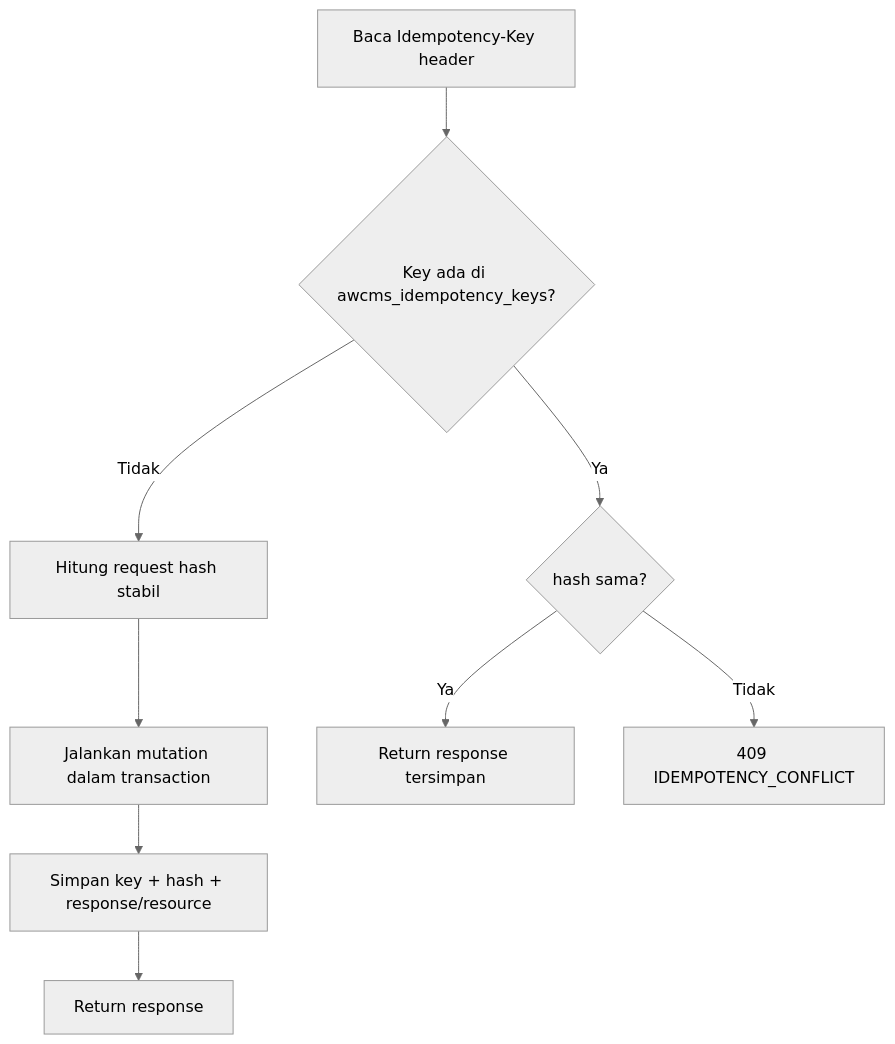
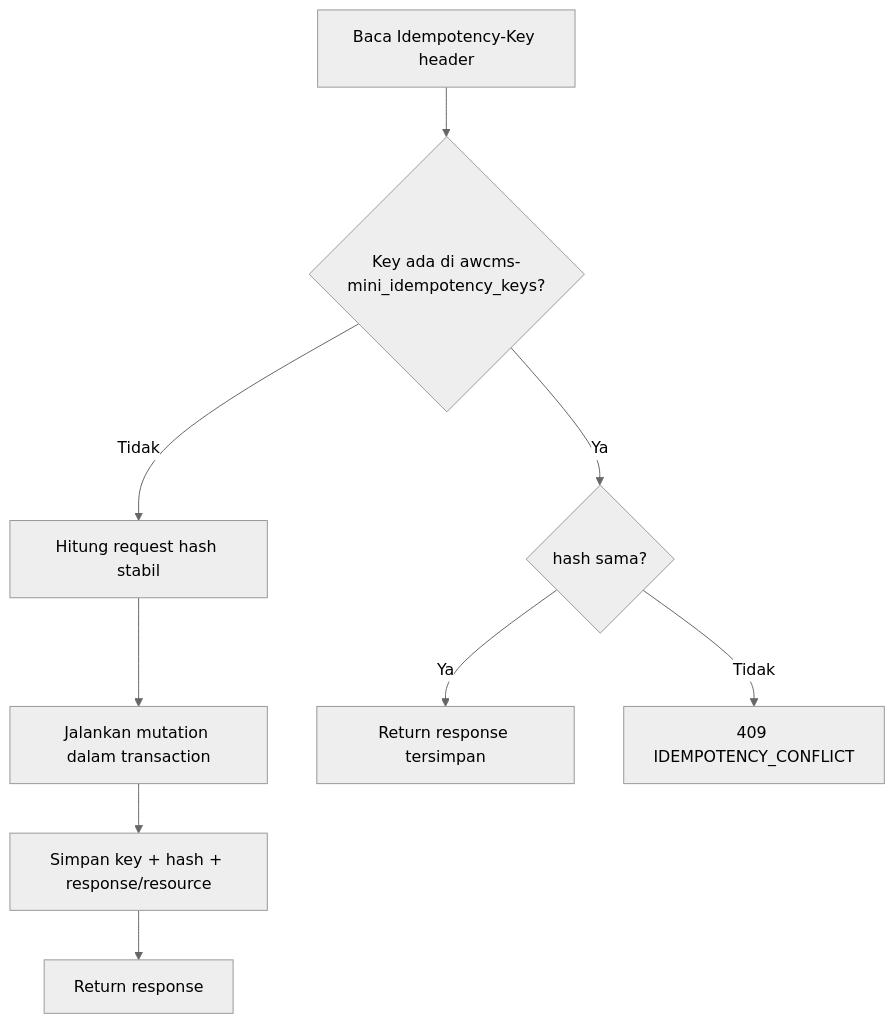
The diagram in .claude/skills/awcms-mini-idempotency/SKILL.md (ahliweb/awcms-mini), drawn with Mermaid (neutral theme) before and after one commit. The commit also changed other lines of this file and 51 other files, not shown here.

````diff
--- a/.claude/skills/awcms-mini-idempotency/SKILL.md
+++ b/.claude/skills/awcms-mini-idempotency/SKILL.md
@@ -12,8 +12,8 @@
 ```mermaid
 flowchart TD
-  A[Baca Idempotency-Key header] --> B{Key ada di awcms_idempotency_keys?}
+  A[Baca Idempotency-Key header] --> B{Key ada di awcms-mini_idempotency_keys?}
   B -- Tidak --> C[Hitung request hash stabil] --> D[Jalankan mutation dalam transaction] --> E[Simpan key + hash + response/resource] --> F[Return response]
   B -- Ya --> G{hash sama?}
   G -- Ya --> H[Return response tersimpan]
   G -- Tidak --> I[409 IDEMPOTENCY_CONFLICT]
 ```
````
